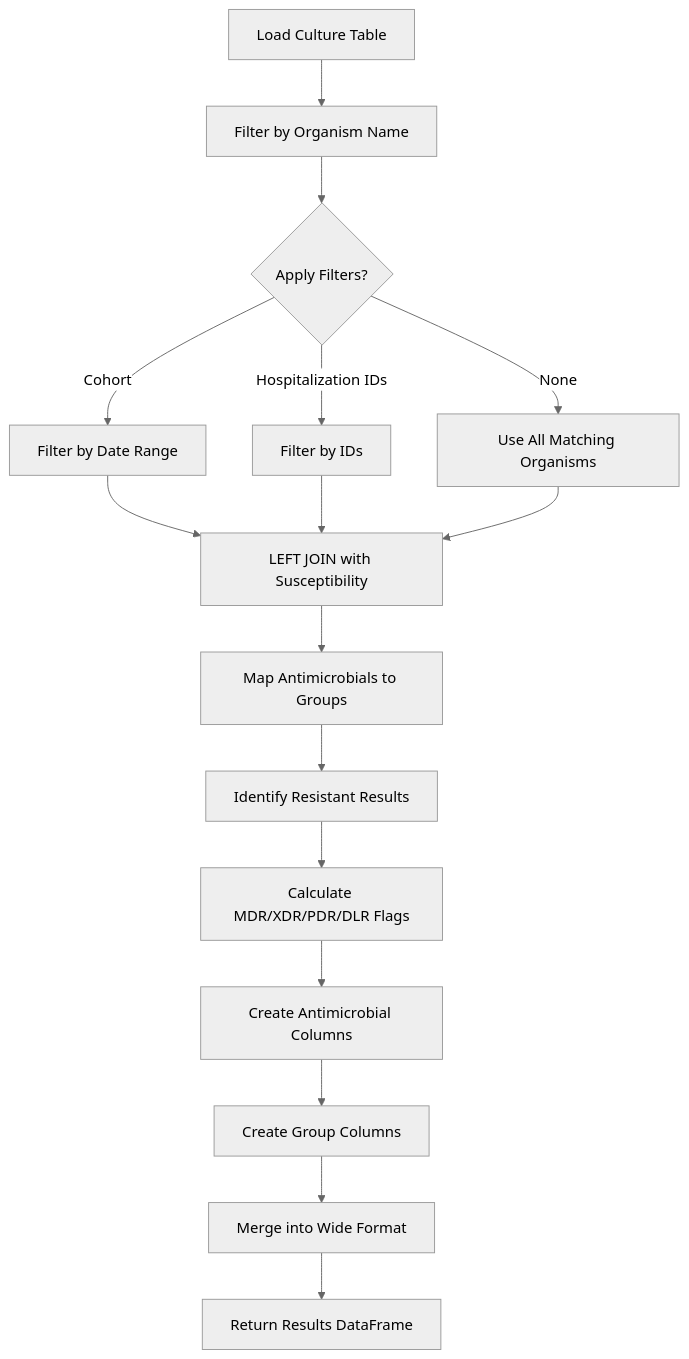
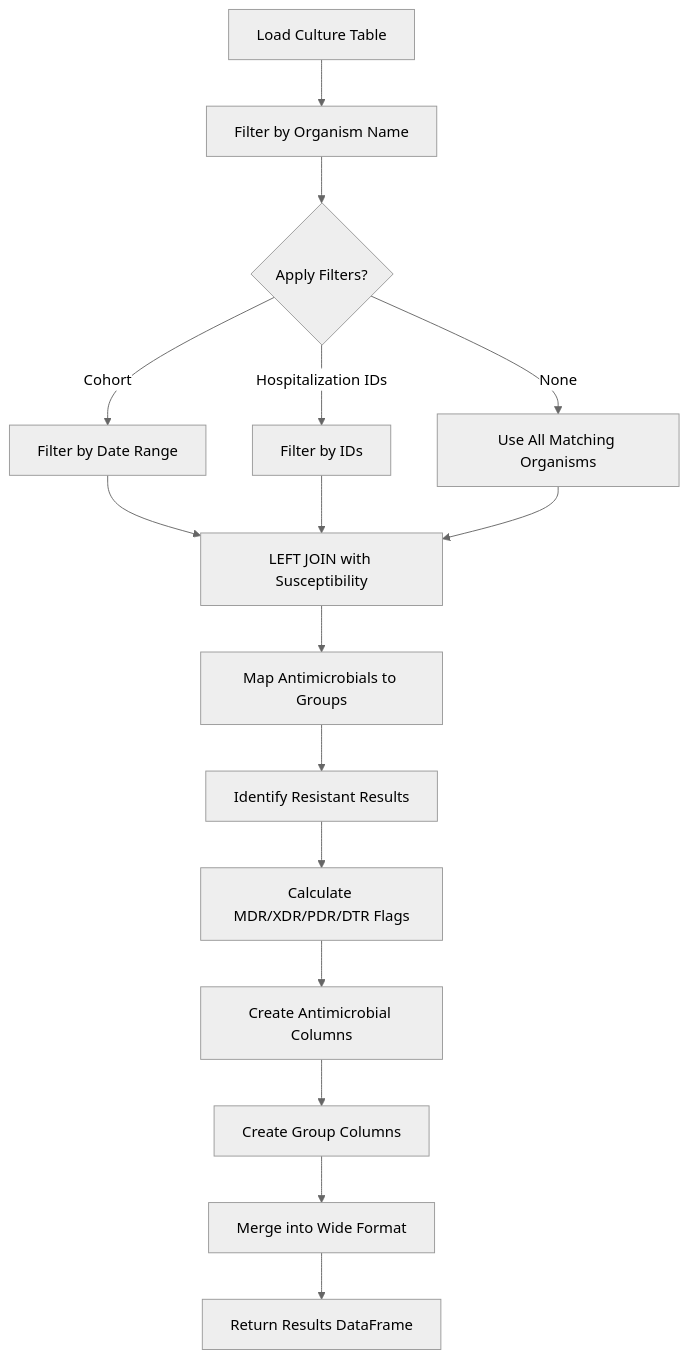
The diagram in docs/user-guide/mdro-flags.md (Common-Longitudinal-ICU-data-Format/clifpy), drawn with Mermaid (neutral theme) before and after one commit. The commit also changed other lines of this file and 3 other files, not shown here.

````diff
--- a/docs/user-guide/mdro-flags.md
+++ b/docs/user-guide/mdro-flags.md
@@ -33,18 +33,18 @@
 ```mermaid
 flowchart TD
     A[Load Culture Table] --> B[Filter by Organism Name]
     B --> C{Apply Filters?}
     C -->|Cohort| D[Filter by Date Range]
     C -->|Hospitalization IDs| E[Filter by IDs]
     C -->|None| F[Use All Matching Organisms]
     D --> G[LEFT JOIN with Susceptibility]
     E --> G
     F --> G
     G --> H[Map Antimicrobials to Groups]
     H --> I[Identify Resistant Results]
-    I --> J[Calculate MDR/XDR/PDR/DLR Flags]
+    I --> J[Calculate MDR/XDR/PDR/DTR Flags]
     J --> K[Create Antimicrobial Columns]
     K --> L[Create Group Columns]
     L --> M[Merge into Wide Format]
     M --> N[Return Results DataFrame]
 ```
````
